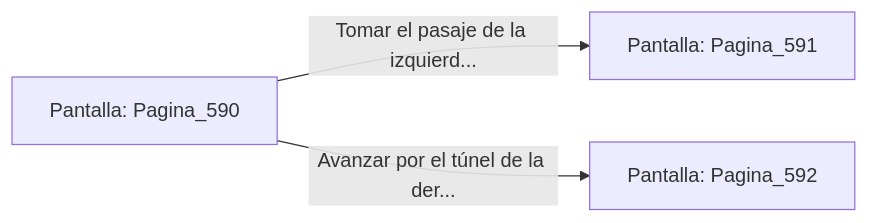
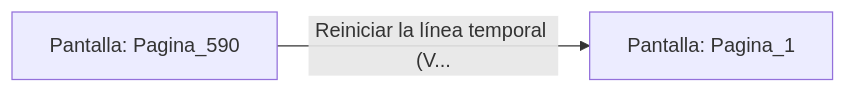
One commit to metsuke/mpl changed the diagram in sample/eligejuego-vault/Pantalla_Pagina_590.md. Above: the diagram before and after it, drawn with Mermaid. The commit also changed other lines of this file and 635 other files, not shown here.

First line of the commit message:
fix: añadir Pagina_1 como pantalla inicial en capitulo_01.mpl

````diff
--- a/sample/eligejuego-vault/Pantalla_Pagina_590.md
+++ b/sample/eligejuego-vault/Pantalla_Pagina_590.md
@@ -20,6 +17,5 @@
 ```mermaid
 graph LR
     P_Pagina_590["Pantalla: Pagina_590"]
-    P_Pagina_590 -->|"Tomar el pasaje de la izquierd..."| P_Pagina_591["Pantalla: Pagina_591"]
-    P_Pagina_590 -->|"Avanzar por el túnel de la der..."| P_Pagina_592["Pantalla: Pagina_592"]
+    P_Pagina_590 -->|"Reiniciar la línea temporal (V..."| P_Pagina_1["Pantalla: Pagina_1"]
 ```
````
